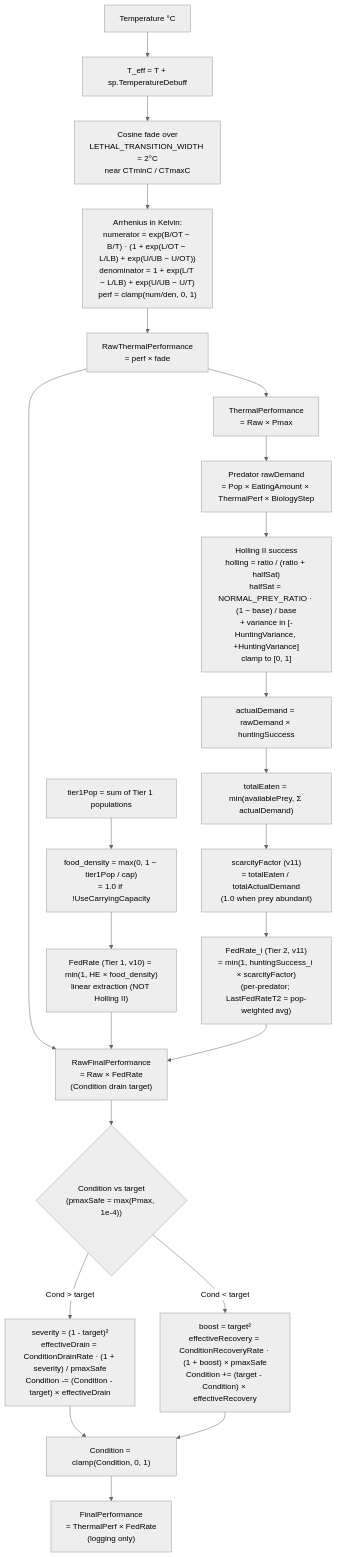
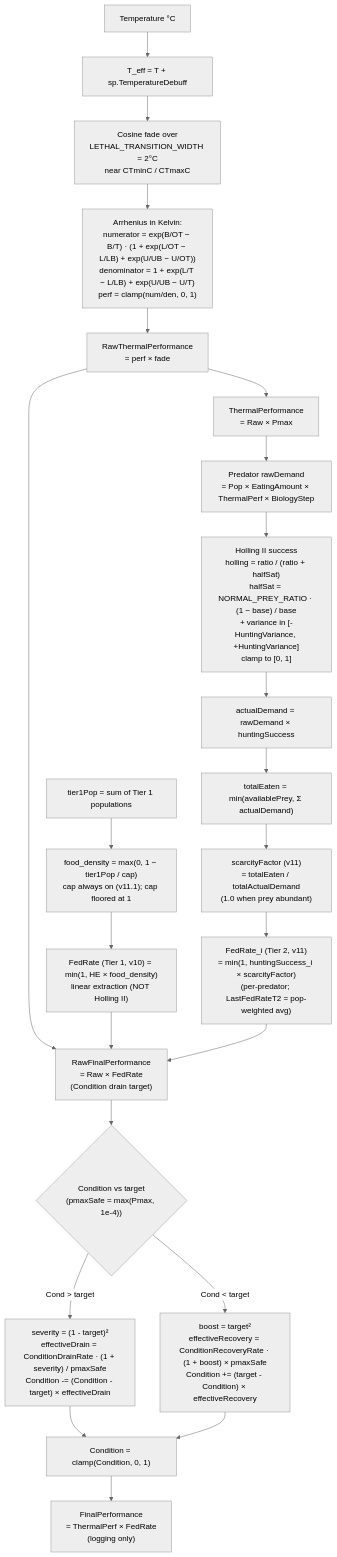
One commit to Ghostlab-Studios/tinysea changed the diagram in docs/diagrams/biology-performance-phase.md. Above: the diagram before and after it, drawn with Mermaid (neutral theme). The commit also changed other lines of this file and 10 other files, not shown here.

````diff
--- a/docs/diagrams/biology-performance-phase.md
+++ b/docs/diagrams/biology-performance-phase.md
@@ -5,29 +5,29 @@
 ```mermaid
 flowchart TD
     Temp["Temperature °C"] --> Offset["T_eff = T + sp.TemperatureDebuff"]
     Offset --> Fade["Cosine fade over<br/>LETHAL_TRANSITION_WIDTH = 2°C<br/>near CTminC / CTmaxC"]
     Fade --> Arr["Arrhenius in Kelvin:<br/>numerator = exp(B/OT − B/T) · (1 + exp(L/OT − L/LB) + exp(U/UB − U/OT))<br/>denominator = 1 + exp(L/T − L/LB) + exp(U/UB − U/T)<br/>perf = clamp(num/den, 0, 1)"]
     Arr --> Raw["RawThermalPerformance<br/>= perf × fade"]
     Raw --> TP["ThermalPerformance<br/>= Raw × Pmax"]
 
-    Pop1["tier1Pop = sum of Tier 1 populations"] --> FoodDensity["food_density = max(0, 1 − tier1Pop / cap)<br/>= 1.0 if !UseCarryingCapacity"]
+    Pop1["tier1Pop = sum of Tier 1 populations"] --> FoodDensity["food_density = max(0, 1 − tier1Pop / cap)<br/>cap always on (v11.1); cap floored at 1"]
     FoodDensity --> FedRateT1["FedRate (Tier 1, v10) = min(1, HE × food_density)<br/>linear extraction (NOT Holling II)"]
 
     TP --> PredDemand["Predator rawDemand<br/>= Pop × EatingAmount × ThermalPerf × BiologyStep"]
     PredDemand --> Holling["Holling II success<br/>holling = ratio / (ratio + halfSat)<br/>halfSat = NORMAL_PREY_RATIO · (1 − base) / base<br/>+ variance in [-HuntingVariance, +HuntingVariance]<br/>clamp to [0, 1]"]
     Holling --> Actual["actualDemand = rawDemand × huntingSuccess"]
     Actual --> Eaten["totalEaten = min(availablePrey, Σ actualDemand)"]
     Eaten --> ScarcityT2["scarcityFactor (v11)<br/>= totalEaten / totalActualDemand<br/>(1.0 when prey abundant)"]
     ScarcityT2 --> FedRateT2["FedRate_i (Tier 2, v11)<br/>= min(1, huntingSuccess_i × scarcityFactor)<br/>(per-predator; LastFedRateT2 = pop-weighted avg)"]
 
     Raw --> RFP["RawFinalPerformance<br/>= Raw × FedRate<br/>(Condition drain target)"]
     FedRateT1 --> RFP
     FedRateT2 --> RFP
 
     RFP --> CondStep{"Condition vs target<br/>(pmaxSafe = max(Pmax, 1e-4))"}
     CondStep -- "Cond > target" --> Drain["severity = (1 - target)²<br/>effectiveDrain = ConditionDrainRate · (1 + severity) / pmaxSafe<br/>Condition -= (Condition - target) × effectiveDrain"]
     CondStep -- "Cond < target" --> Recov["boost = target²<br/>effectiveRecovery = ConditionRecoveryRate · (1 + boost) × pmaxSafe<br/>Condition += (target - Condition) × effectiveRecovery"]
     Drain --> Clamp["Condition = clamp(Condition, 0, 1)"]
     Recov --> Clamp
     Clamp --> FP["FinalPerformance<br/>= ThermalPerf × FedRate<br/>(logging only)"]
 ```
````
